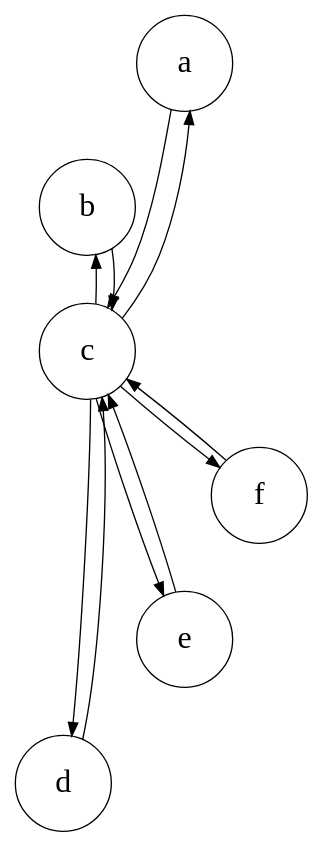
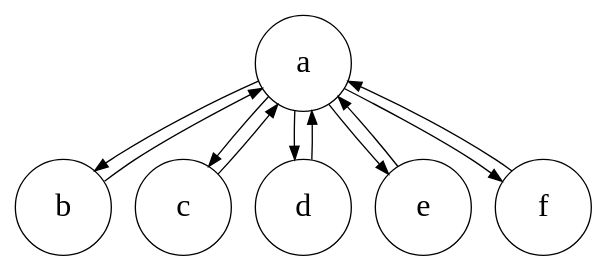
One commit to create-ensemble/feedback changed the diagram in diagram/star.dot. Above: the diagram before and after it, drawn with Graphviz. The commit also changed 1 other file, not shown here.

```diff
--- a/diagram/star.dot
+++ b/diagram/star.dot
@@ -1,10 +1,15 @@
 digraph star {
   graph [margin="0,0"]
   node [shape=circle, fixedsize=true, width=1.0, height=1.0, fontsize=24]
+
+  a -> {b c d e f}
+  {b c d e f} -> a
+  /*
   a -> b -> c -> d -> e -> f -> a [style=invis]
   a -> f -> e -> d -> c -> b -> a [style=invis]
   c -> {d e f a b}
        {d e f a b} -> c
+       */
   //a -> {b c d e f}
   //{b c d e f} -> a
 }
```
